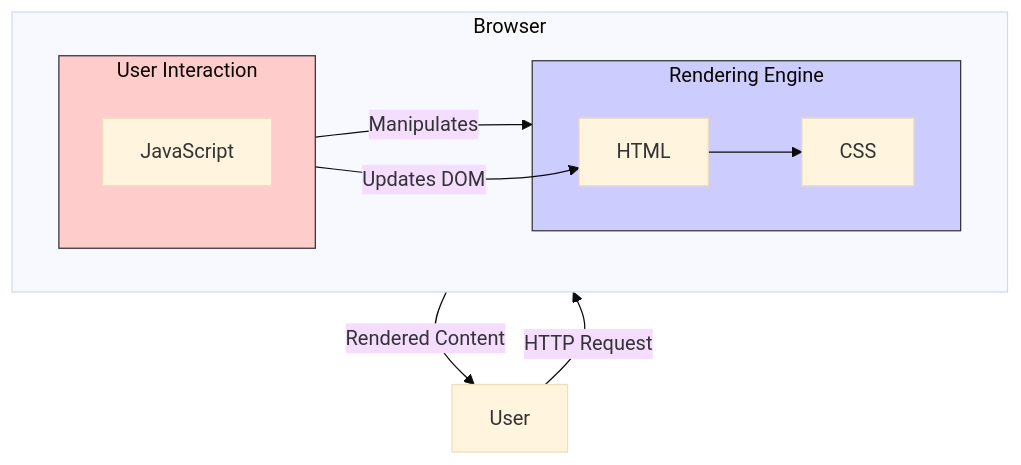
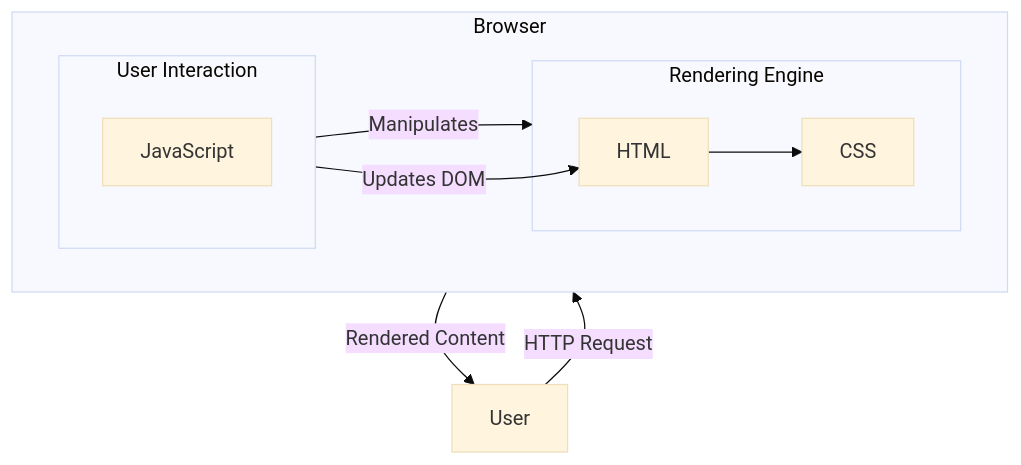
One commit to cesarsotovalero/cesarsotovalero.github.io changed the fifth of 10 diagrams in _posts/2024/2024-01-12-the-evolution-of-the-web-from-html-to-webassembly.md. Above: the diagram before and after it, drawn with Mermaid. The commit also changed other lines of this file and 4 other files, not shown here.

````diff
--- a/_posts/2024/2024-01-12-the-evolution-of-the-web-from-html-to-webassembly.md
+++ b/_posts/2024/2024-01-12-the-evolution-of-the-web-from-html-to-webassembly.md
@@ -288,20 +290,17 @@
 ```mermaid
 %%{init: {'theme':'base'}}%%
 flowchart
     subgraph Browser["Browser"]
         subgraph UserInteraction["User Interaction"]
             JS["JavaScript"]
         end
         subgraph RenderEngine["Rendering Engine"]
             HTML["HTML"] --> CSS["CSS"]
         end
     end
     UserInteraction -->|Manipulates| RenderEngine
     UserInteraction -->|Updates DOM| HTML
     CSS
     User -- "HTTP Request" --> Browser
     Browser -- "Rendered Content" --> User
-
-    style RenderEngine fill:#ccf,stroke:#333
-    style UserInteraction fill:#ffcccc,stroke:#333
 ```
````
